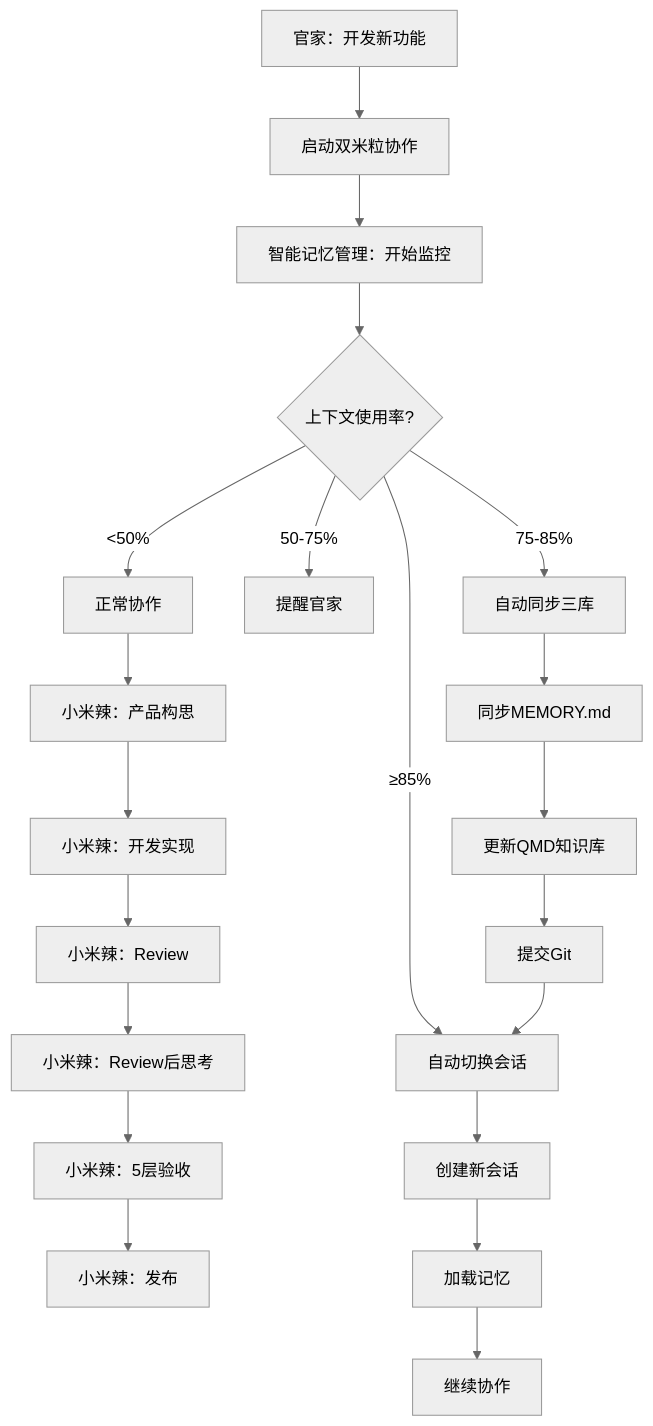
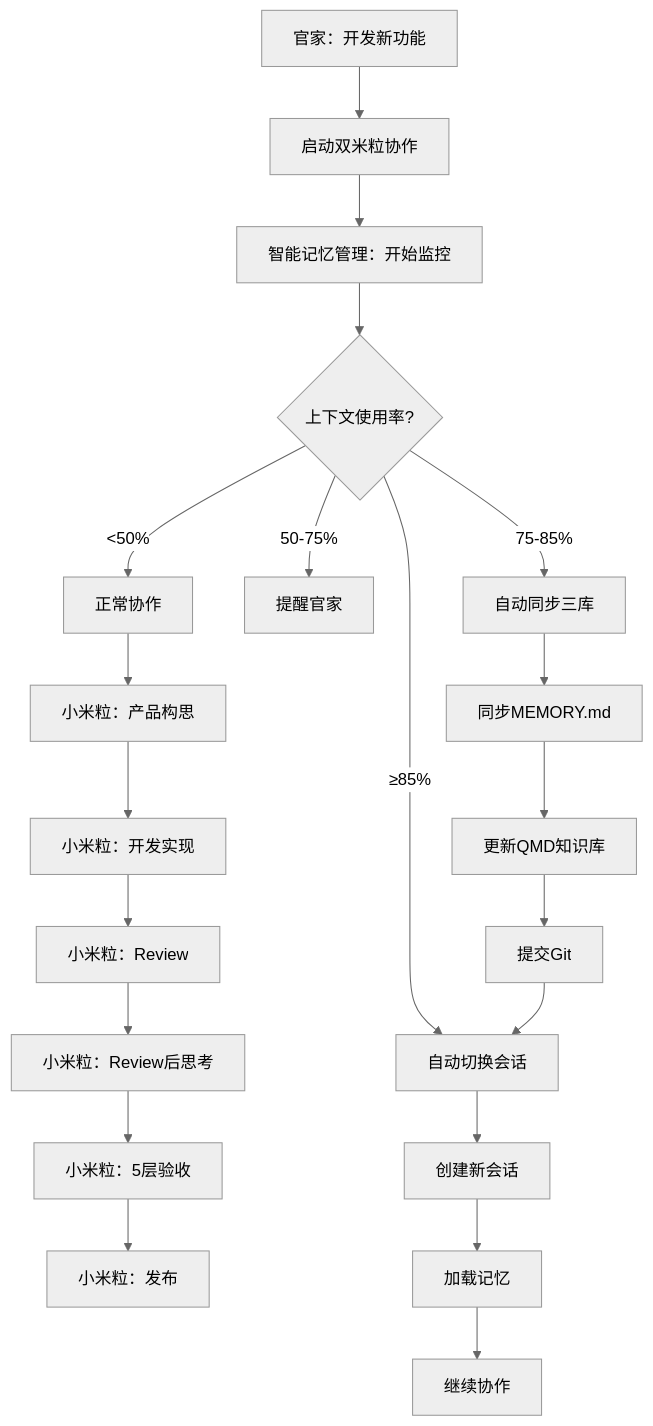
The diagram in docs/archive/双米粒/DUAL_MILI_SYSTEM_V4_INTEGRATED.md (zhaog100/openclaw-skills), drawn with Mermaid (neutral theme) before and after one commit. The commit also changed other lines of this file and 461 other files, not shown here.

First line of the commit message:
refactor: 全局修正名称 小米辣→小米粒 + 结构化整理

````diff
--- a/docs/archive/双米粒/DUAL_MILI_SYSTEM_V4_INTEGRATED.md
+++ b/docs/archive/双米粒/DUAL_MILI_SYSTEM_V4_INTEGRATED.md
@@ -88,27 +88,27 @@
 ```mermaid
 graph TD
     A[官家：开发新功能] --> B[启动双米粒协作]
     B --> C[智能记忆管理：开始监控]
     C --> D{上下文使用率?}
     
     D -->|<50%| E[正常协作]
     D -->|50-75%| F[提醒官家]
     D -->|75-85%| G[自动同步三库]
     D -->|≥85%| H[自动切换会话]
     
-    E --> I[小米辣：产品构思]
-    I --> J[小米辣：开发实现]
-    J --> K[小米辣：Review]
-    K --> L[小米辣：Review后思考]
-    L --> M[小米辣：5层验收]
-    M --> N[小米辣：发布]
+    E --> I[小米粒：产品构思]
+    I --> J[小米粒：开发实现]
+    J --> K[小米粒：Review]
+    K --> L[小米粒：Review后思考]
+    L --> M[小米粒：5层验收]
+    M --> N[小米粒：发布]
     
     G --> O[同步MEMORY.md]
     O --> P[更新QMD知识库]
     P --> Q[提交Git]
     Q --> H
     
     H --> R[创建新会话]
     R --> S[加载记忆]
     S --> T[继续协作]
 ```
````
